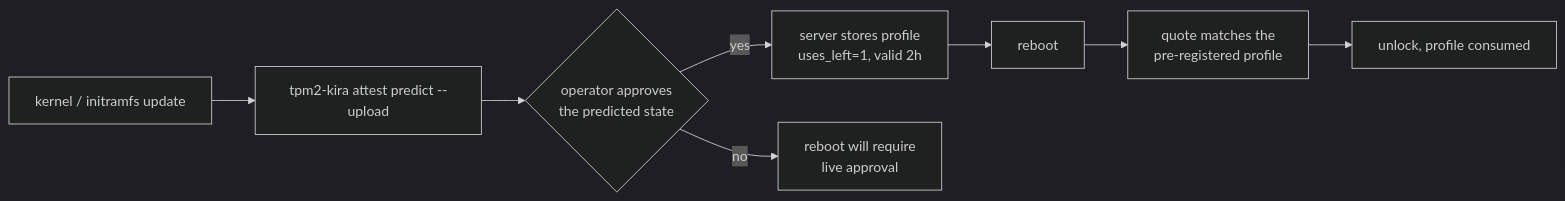
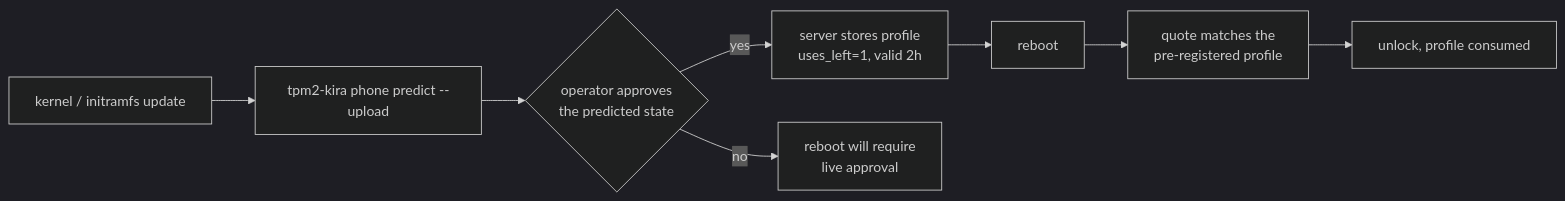
Before and after one commit to mrwiora/tpm2-kira: the second of 2 diagrams in docs/PLAN-REMOTEUNLOCKING.md, drawn with Mermaid (dark theme). The commit also changed other lines of this file and 108 other files, not shown here.

````diff
--- a/docs/PLAN-REMOTEUNLOCKING.md
+++ b/docs/PLAN-REMOTEUNLOCKING.md
@@ -275,10 +275,10 @@
 ```mermaid
 flowchart LR
-    U["kernel / initramfs update"] --> P["tpm2-kira attest predict --upload"]
+    U["kernel / initramfs update"] --> P["tpm2-kira phone predict --upload"]
     P --> A{"operator approves<br/>the predicted state"}
     A -->|yes| W["server stores profile<br/>uses_left=1, valid 2h"]
     A -->|no| X["reboot will require<br/>live approval"]
     W --> R["reboot"]
     R --> Q["quote matches the<br/>pre-registered profile"]
     Q --> UN["unlock, profile consumed"]
 ```
````
